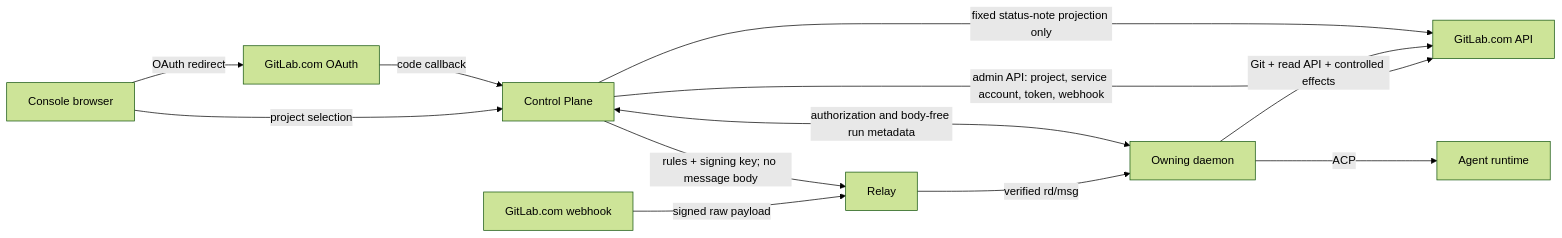
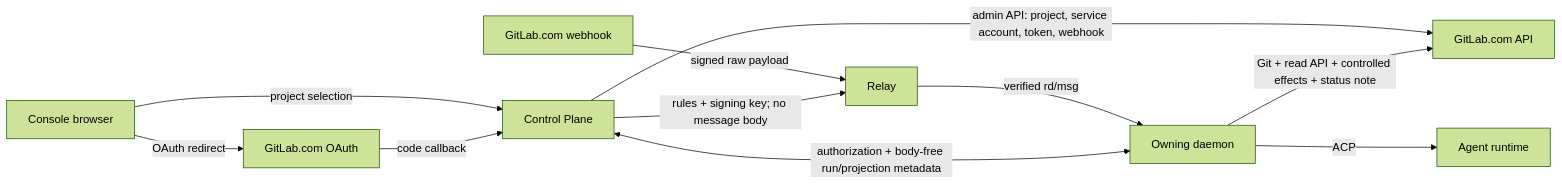
One commit to agentconnect-md/agentconnect changed the diagram in docs/designs/gitlab-com-integration.md. Above: the diagram before and after it, drawn with Mermaid (forest theme). The commit also changed other lines of this file, not shown here.

Commit message:
docs(design): align GitLab data-plane ownership

````diff
--- a/docs/designs/gitlab-com-integration.md
+++ b/docs/designs/gitlab-com-integration.md
@@ -162,16 +162,14 @@
 ```mermaid
 flowchart LR
   Browser["Console browser"] -->|"OAuth redirect"| GitLabOAuth["GitLab.com OAuth"]
   Browser -->|"project selection"| CP["Control Plane"]
   GitLabOAuth -->|"code callback"| CP
   CP -->|"admin API: project, service account, token, webhook"| GitLabAPI["GitLab.com API"]
 
   GitLabHook["GitLab.com webhook"] -->|"signed raw payload"| Relay["Relay"]
   CP -->|"rules + signing key; no message body"| Relay
   Relay -->|"verified rd/msg"| Daemon["Owning daemon"]
-  CP <-->|"authorization and body-free run metadata"| Daemon
-  Daemon -->|"Git + read API + controlled effects"| GitLabAPI
+  CP <-->|"authorization + body-free run/projection metadata"| Daemon
+  Daemon -->|"Git + read API + controlled effects + status note"| GitLabAPI
   Daemon -->|"ACP"| Agent["Agent runtime"]
-
-  CP -->|"fixed status-note projection only"| GitLabAPI
 ```
````
